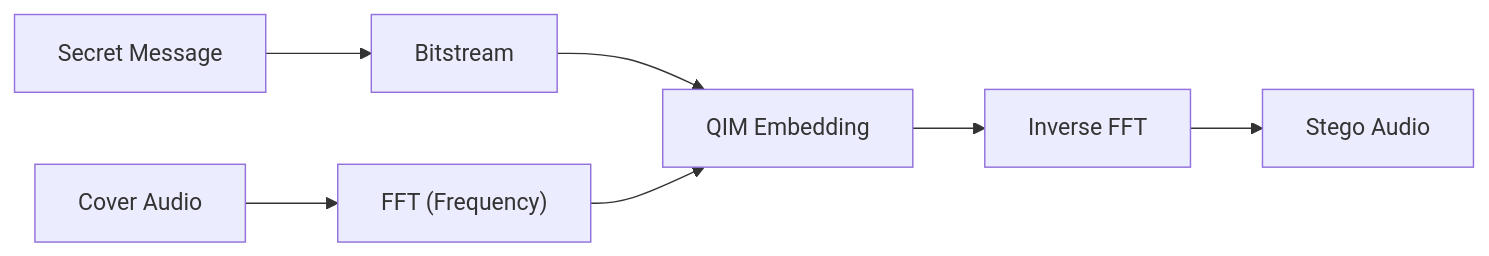
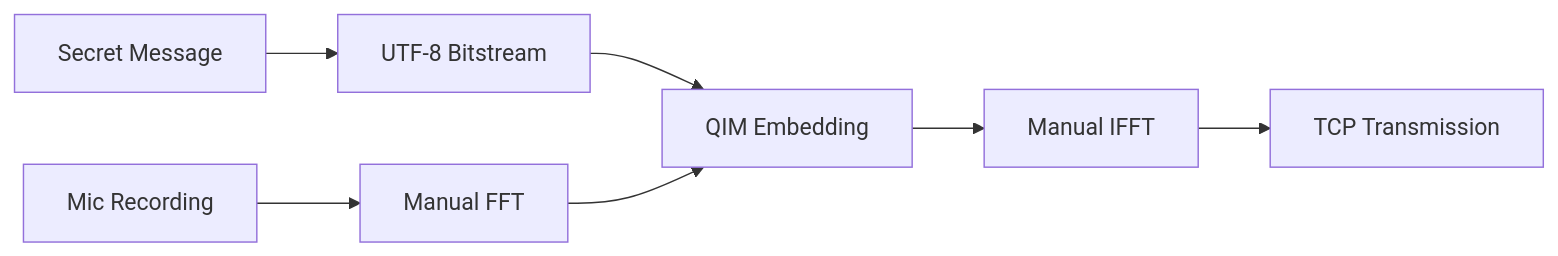
Before and after one commit to shrawan077/Audio-Steganography-project: the third of 4 diagrams in walkthrough2.md, drawn with Mermaid. The commit also changed other lines of this file and 3 other files, not shown here.

````diff
--- a/walkthrough2.md
+++ b/walkthrough2.md
@@ -65,9 +65,9 @@
 ```mermaid
 graph LR
-    Msg["Secret Message"] --> Bits["Bitstream"]
-    Audio["Cover Audio"] --> FFT["FFT (Frequency)"]
+    Msg["Secret Message"] --> Bits["UTF-8 Bitstream"]
+    Audio["Mic Recording"] --> FFT["Manual FFT"]
     Bits --> QIM["QIM Embedding"]
     FFT --> QIM
-    QIM --> IFFT["Inverse FFT"]
-    IFFT --> Stego["Stego Audio"]
+    QIM --> IFFT["Manual IFFT"]
+    IFFT --> TCP["TCP Transmission"]
 ```
````
